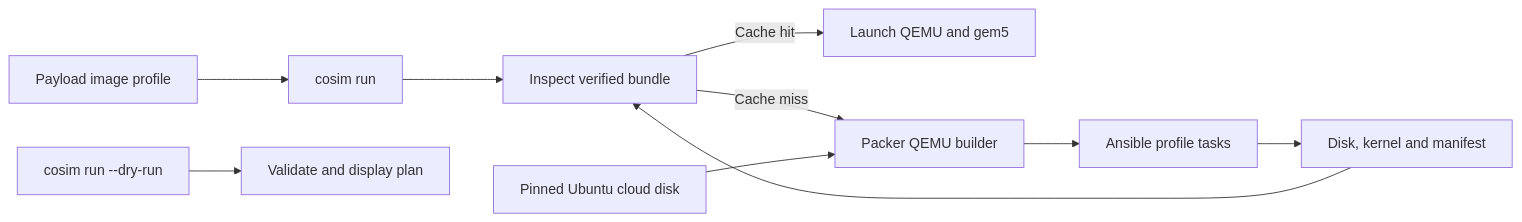
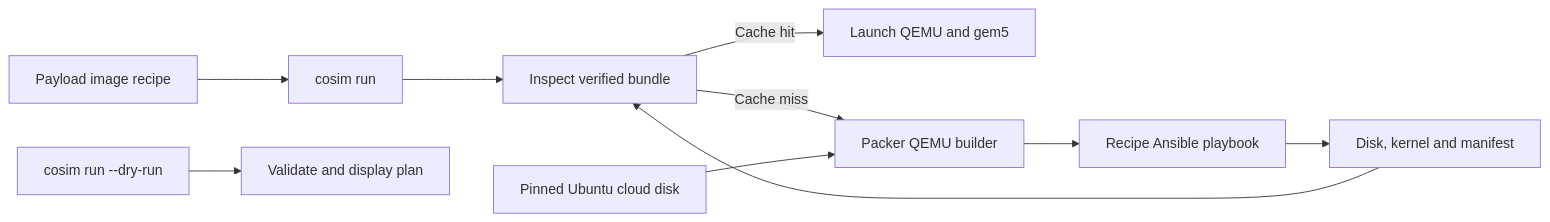
Before and after one commit to chengchen512/cosim-gpu: the diagram in docs/en/rocm-image.md, drawn with Mermaid. The commit also changed other lines of this file and 20 other files, not shown here.

````diff
--- a/docs/en/rocm-image.md
+++ b/docs/en/rocm-image.md
@@ -16,12 +16,12 @@
 ```mermaid
 flowchart LR
-    Y[Payload image profile] --> C[cosim run]
+    Y[Payload image recipe] --> C[cosim run]
     C --> V[Inspect verified bundle]
     V -->|Cache hit| Q[Launch QEMU and gem5]
     V -->|Cache miss| P[Packer QEMU builder]
     B[Pinned Ubuntu cloud disk] --> P
-    P --> A[Ansible profile tasks]
+    P --> A[Recipe Ansible playbook]
     A --> O[Disk, kernel and manifest]
     O --> V
     D[cosim run --dry-run] --> R[Validate and display plan]
 ```
````
